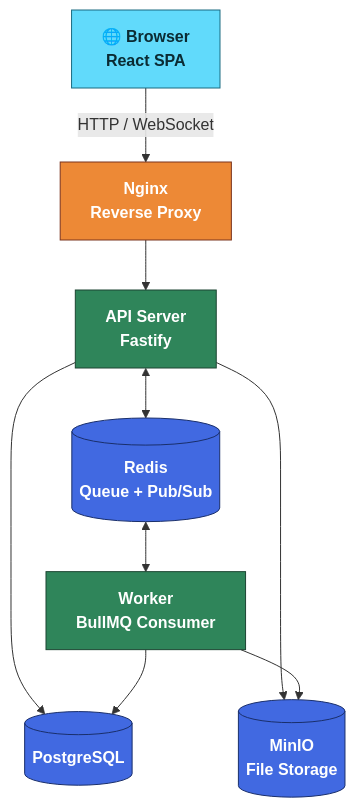
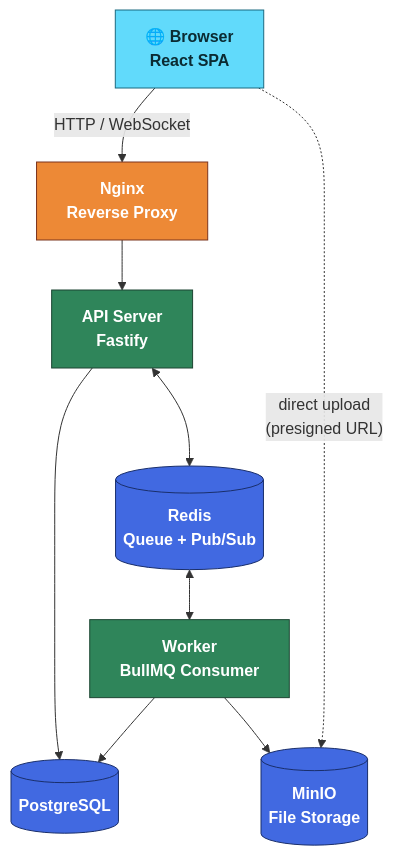
One commit to vietlvq2609/file-processing-platform changed the first of 2 diagrams in README.md. Above: the diagram before and after it, drawn with Mermaid. The commit also changed other lines of this file and 2 other files, not shown here.

Commit message:
feat: update job status terminology and enhance documentation for presigned uploads

````diff
--- a/README.md
+++ b/README.md
@@ -44,24 +45,24 @@
 ```mermaid
 flowchart TB
     classDef frontend fill:#61DAFB,stroke:#1b6a80,color:#0b2b33,font-weight:bold
     classDef backend fill:#2f855a,stroke:#1c4532,color:#ffffff,font-weight:bold
     classDef infra fill:#ed8936,stroke:#7b341e,color:#ffffff,font-weight:bold
     classDef data fill:#4169E1,stroke:#1a2f6b,color:#ffffff,font-weight:bold
 
     Browser["🌐 Browser<br/>React SPA"]:::frontend
     Nginx["Nginx<br/>Reverse Proxy"]:::infra
     API["API Server<br/>Fastify"]:::backend
     Worker["Worker<br/>BullMQ Consumer"]:::backend
     PG[("PostgreSQL")]:::data
     Redis[("Redis<br/>Queue + Pub/Sub")]:::data
     MinIO[("MinIO<br/>File Storage")]:::data
 
     Browser -- "HTTP / WebSocket" --> Nginx
     Nginx --> API
     API --> PG
-    API --> MinIO
     API <--> Redis
     Redis <--> Worker
     Worker --> PG
     Worker --> MinIO
+    Browser -. "direct upload<br/>(presigned URL)" .-> MinIO
 ```
````
